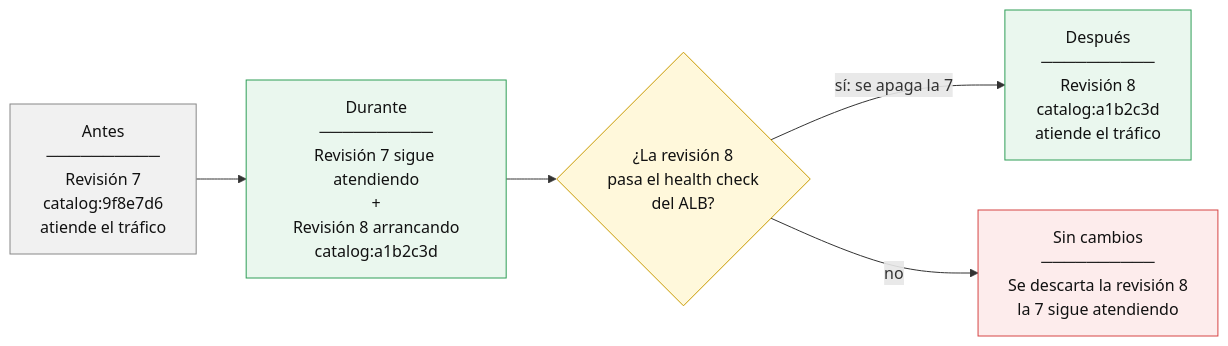
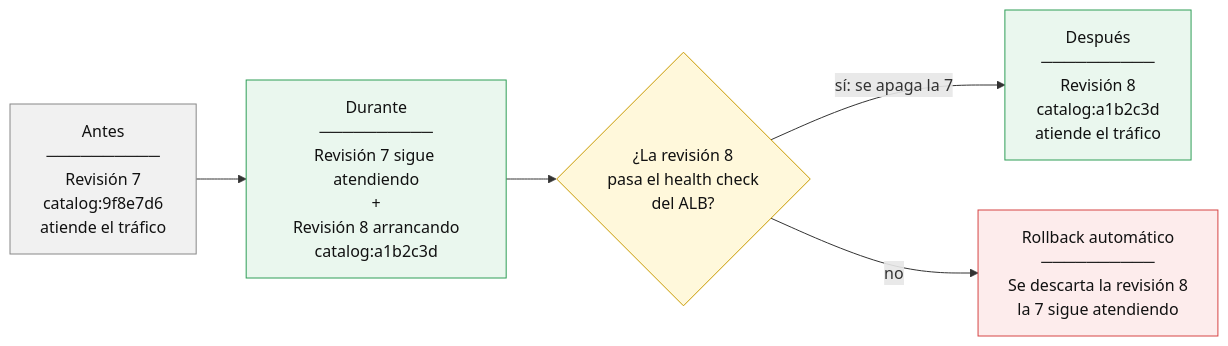
Before and after one commit to nicolasaharonian/DevOps-Tero-2026: the fifth of 5 diagrams in docs/infra/despliegue-ecs.md, drawn with Mermaid. The commit also changed other lines of this file, not shown here.

````diff
--- a/docs/infra/despliegue-ecs.md
+++ b/docs/infra/despliegue-ecs.md
@@ -97,21 +207,21 @@
 ```mermaid
 flowchart LR
     A["Antes<br/>──────────<br/>Revisión 7<br/>catalog:9f8e7d6<br/>atiende el tráfico"]
     B["Durante<br/>──────────<br/>Revisión 7 sigue atendiendo<br/>+<br/>Revisión 8 arrancando<br/>catalog:a1b2c3d"]
     C{"¿La revisión 8<br/>pasa el health check<br/>del ALB?"}
     D["Después<br/>──────────<br/>Revisión 8<br/>catalog:a1b2c3d<br/>atiende el tráfico"]
-    E["Sin cambios<br/>──────────<br/>Se descarta la revisión 8<br/>la 7 sigue atendiendo"]
+    E["Rollback automático<br/>──────────<br/>Se descarta la revisión 8<br/>la 7 sigue atendiendo"]
 
     A --> B --> C
     C -->|"sí: se apaga la 7"| D
     C -->|"no"| E
 
     classDef old fill:#f1f1f1,stroke:#888,color:#111
     classDef new fill:#eaf7ee,stroke:#2f9e57,color:#111
     classDef gate fill:#fff8db,stroke:#c99a00,color:#111
     classDef stop fill:#fdecec,stroke:#d64545,color:#111
     class A old
     class B,D new
     class C gate
     class E stop
 ```
````
